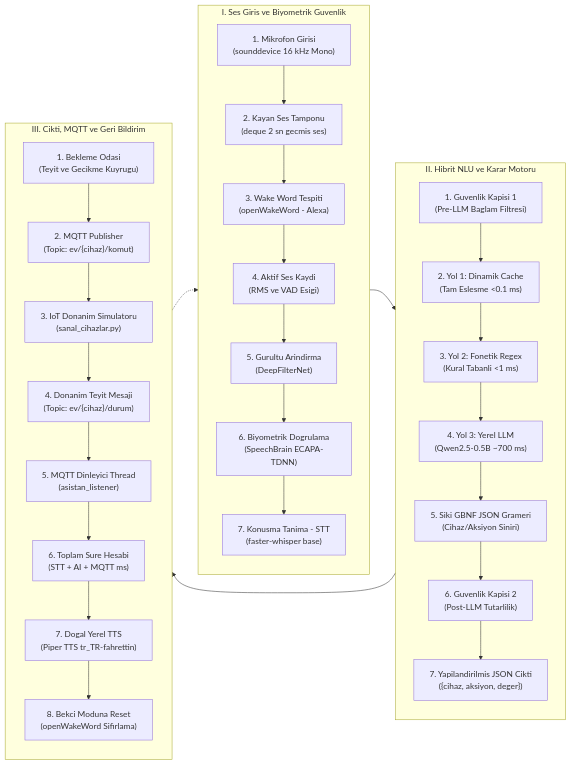
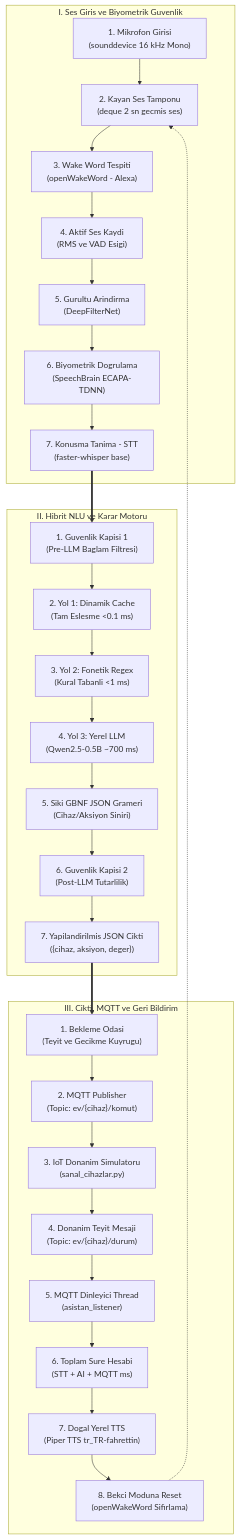
The diagram in README.md (metindeder/Smarthhome), drawn with Mermaid before and after one commit.

Commit message:
readme güncellendi.

````diff
--- a/README.md
+++ b/README.md
@@ -66,40 +66,34 @@
 ```mermaid
-flowchart LR
+flowchart TD
     subgraph Katman1 ["I. Ses Giris ve Biyometrik Guvenlik"]
-        direction TB
-        A1["1. Mikrofon Girisi\n(sounddevice 16 kHz Mono)"]
-        A1 --> A2["2. Kayan Ses Tamponu\n(deque 2 sn gecmis ses)"]
+        A1["1. Mikrofon Girisi\n(sounddevice 16 kHz Mono)"] --> A2["2. Kayan Ses Tamponu\n(deque 2 sn gecmis ses)"]
         A2 --> A3["3. Wake Word Tespiti\n(openWakeWord - Alexa)"]
         A3 --> A4["4. Aktif Ses Kaydi\n(RMS ve VAD Esigi)"]
         A4 --> A5["5. Gurultu Arindirma\n(DeepFilterNet)"]
         A5 --> A6["6. Biyometrik Dogrulama\n(SpeechBrain ECAPA-TDNN)"]
         A6 --> A7["7. Konusma Tanima - STT\n(faster-whisper base)"]
     end
 
     subgraph Katman2 ["II. Hibrit NLU ve Karar Motoru"]
-        direction TB
-        B1["1. Guvenlik Kapisi 1\n(Pre-LLM Baglam Filtresi)"]
-        B1 --> B2["2. Yol 1: Dinamik Cache\n(Tam Eslesme <0.1 ms)"]
+        B1["1. Guvenlik Kapisi 1\n(Pre-LLM Baglam Filtresi)"] --> B2["2. Yol 1: Dinamik Cache\n(Tam Eslesme <0.1 ms)"]
         B2 --> B3["3. Yol 2: Fonetik Regex\n(Kural Tabanli <1 ms)"]
         B3 --> B4["4. Yol 3: Yerel LLM\n(Qwen2.5-0.5B ~700 ms)"]
         B4 --> B5["5. Siki GBNF JSON Grameri\n(Cihaz/Aksiyon Siniri)"]
         B5 --> B6["6. Guvenlik Kapisi 2\n(Post-LLM Tutarlilik)"]
         B6 --> B7["7. Yapilandirilmis JSON Cikti\n({cihaz, aksiyon, deger})"]
     end
 
     subgraph Katman3 ["III. Cikti, MQTT ve Geri Bildirim"]
-        direction TB
-        C1["1. Bekleme Odasi\n(Teyit ve Gecikme Kuyrugu)"]
-        C1 --> C2["2. MQTT Publisher\n(Topic: ev/{cihaz}/komut)"]
+        C1["1. Bekleme Odasi\n(Teyit ve Gecikme Kuyrugu)"] --> C2["2. MQTT Publisher\n(Topic: ev/{cihaz}/komut)"]
         C2 --> C3["3. IoT Donanim Simulatoru\n(sanal_cihazlar.py)"]
         C3 --> C4["4. Donanim Teyit Mesaji\n(Topic: ev/{cihaz}/durum)"]
         C4 --> C5["5. MQTT Dinleyici Thread\n(asistan_listener)"]
         C5 --> C6["6. Toplam Sure Hesabi\n(STT + AI + MQTT ms)"]
         C6 --> C7["7. Dogal Yerel TTS\n(Piper TTS tr_TR-fahrettin)"]
         C7 --> C8["8. Bekci Moduna Reset\n(openWakeWord Sifirlama)"]
     end
 
-    A7 --> B1
-    B7 --> C1
+    A7 ==> B1
+    B7 ==> C1
     C8 -.-> A2
 ```
````
